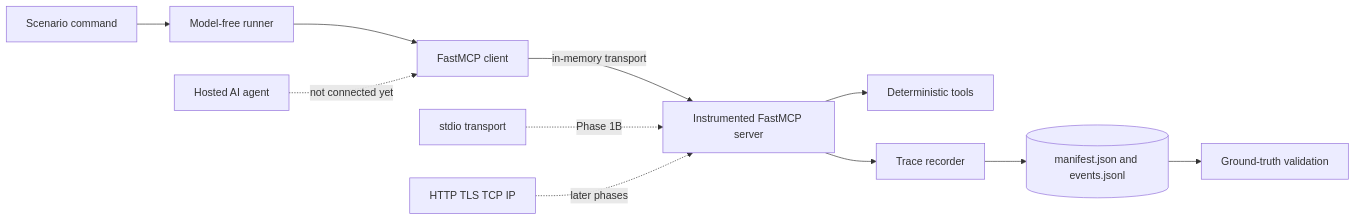
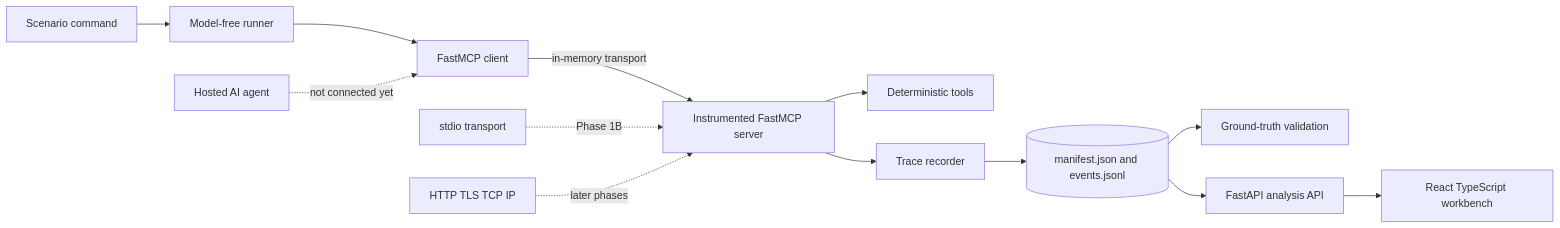
One commit to madhavpr191221/agentic-ai-statistics changed the first of 2 diagrams in docs/IMPLEMENTATION_STATUS.md. Above: the diagram before and after it, drawn with Mermaid. The commit also changed other lines of this file and 42 other files, not shown here.

````diff
--- a/docs/IMPLEMENTATION_STATUS.md
+++ b/docs/IMPLEMENTATION_STATUS.md
@@ -56,14 +67,16 @@
 ```mermaid
 flowchart LR
     Command[Scenario command] --> Runner[Model-free runner]
     Runner --> Client[FastMCP client]
     Client -->|in-memory transport| Server[Instrumented FastMCP server]
     Server --> Fixture[Deterministic tools]
     Server --> Trace[Trace recorder]
     Trace --> Raw[(manifest.json and events.jsonl)]
     Raw --> Validate[Ground-truth validation]
+    Raw --> API[FastAPI analysis API]
+    API --> UI[React TypeScript workbench]
 
     Agent[Hosted AI agent] -. not connected yet .-> Client
     Stdio[stdio transport] -. Phase 1B .-> Server
     Network[HTTP TLS TCP IP] -. later phases .-> Server
 ```
````
